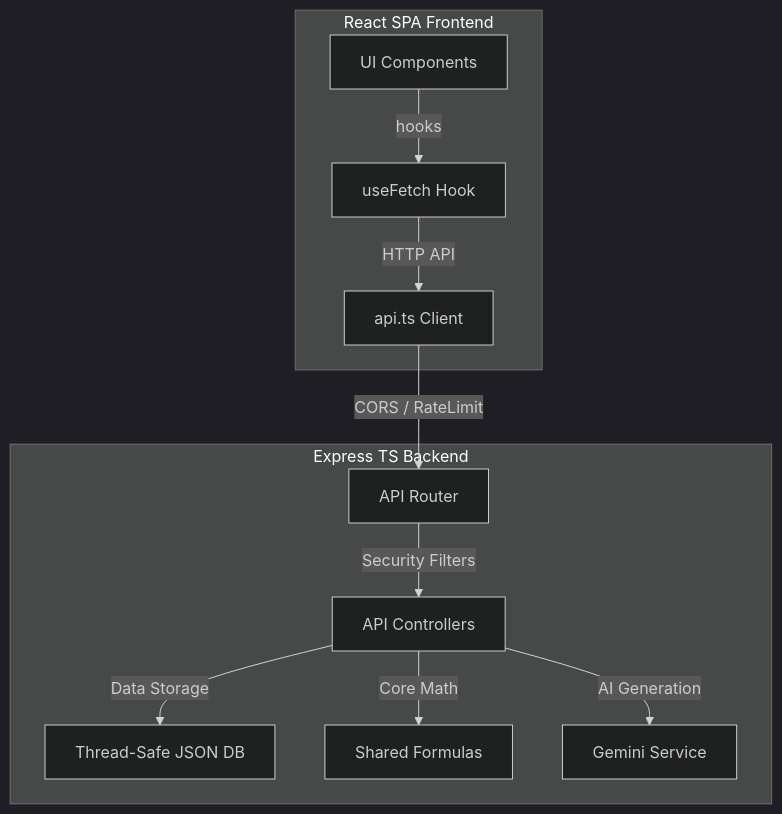
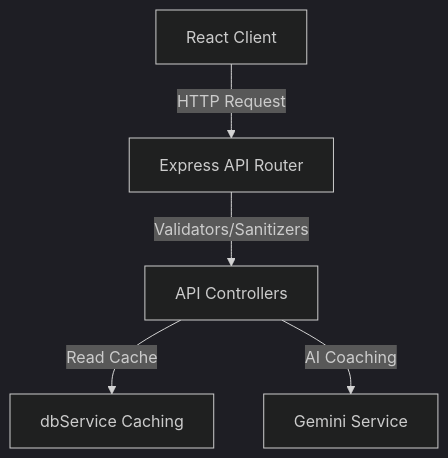
The first of 3 diagrams in README.md (aqib85385-svg/ecotrack), drawn with Mermaid (dark theme) before and after one commit. The commit also changed other lines of this file and 28 other files, not shown here.

````diff
--- a/README.md
+++ b/README.md
@@ -36,14 +95,7 @@
 ```mermaid
 graph TD
-    subgraph Client [React SPA Frontend]
-        View[UI Components] -->|hooks| Fetch[useFetch Hook]
-        Fetch -->|HTTP API| ApiClient[api.ts Client]
-    end
-    subgraph Server [Express TS Backend]
-        ApiClient -->|CORS / RateLimit| Routes[API Router]
-        Routes -->|Security Filters| Controllers[API Controllers]
-        Controllers -->|Data Storage| DB[Thread-Safe JSON DB]
-        Controllers -->|Core Math| Formulas[Shared Formulas]
-        Controllers -->|AI Generation| Gemini[Gemini Service]
-    end
+    Client[React Client] -->|HTTP Request| API[Express API Router]
+    API -->|Validators/Sanitizers| Controller[API Controllers]
+    Controller -->|Read Cache| DB[dbService Caching]
+    Controller -->|AI Coaching| Gemini[Gemini Service]
 ```
````
